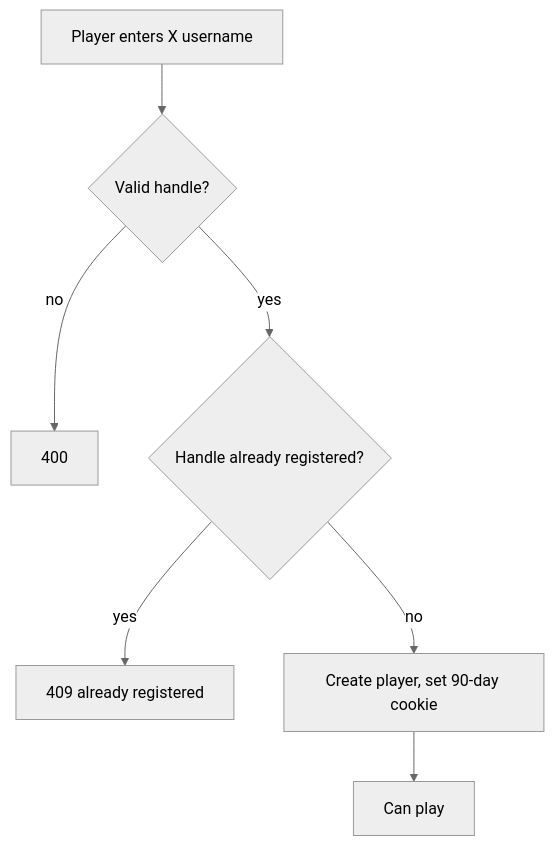
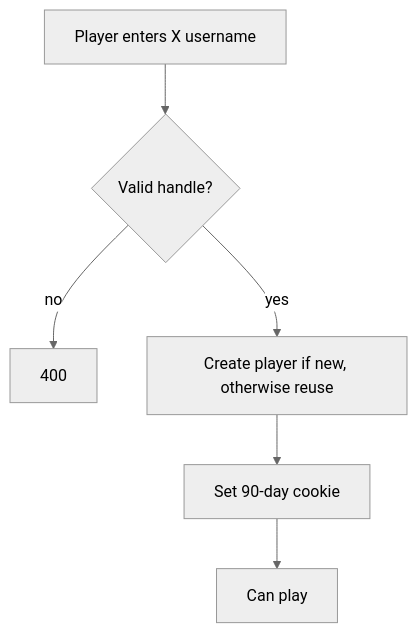
Before and after one commit to davide963-ux/cr-gr: the second of 4 diagrams in README.md, drawn with Mermaid (neutral theme). The commit also changed other lines of this file and 3 other files, not shown here.

First line of the commit message:
Login = X handle (create-or-login), no signup step

````diff
--- a/README.md
+++ b/README.md
@@ -18,9 +18,8 @@
 ```mermaid
 flowchart TD
   A[Player enters X username] --> B{Valid handle?}
   B -- no --> E1[400]
-  B -- yes --> C{Handle already registered?}
-  C -- yes --> E2[409 already registered]
-  C -- no --> D[Create player, set 90-day cookie]
+  B -- yes --> C[Create player if new, otherwise reuse]
+  C --> D[Set 90-day cookie]
   D --> G[Can play]
 ```
````
